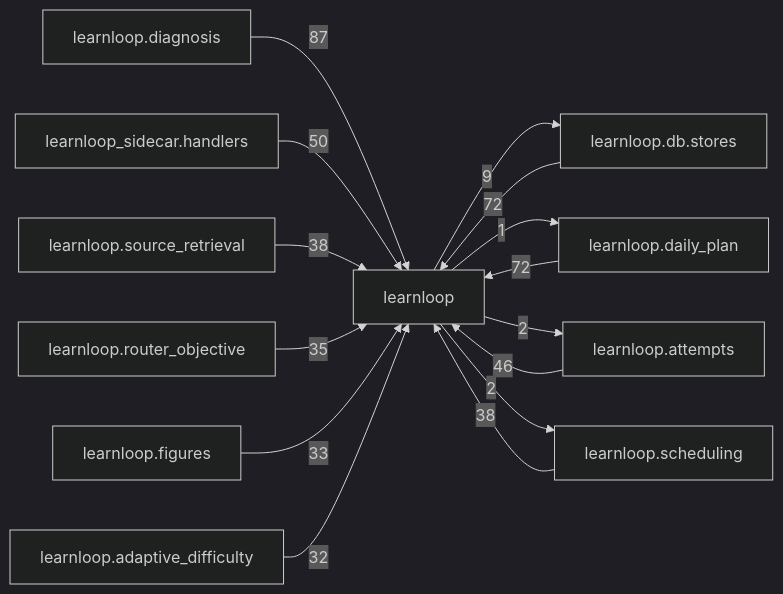
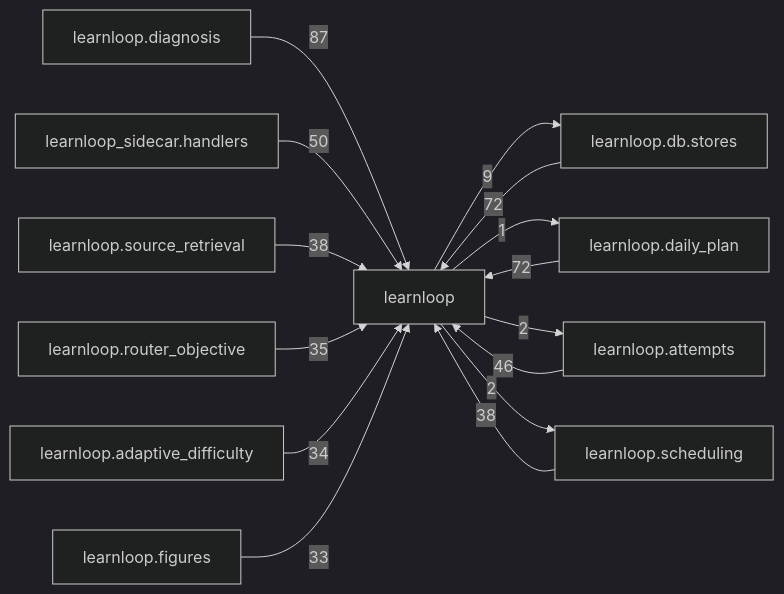
Before and after one commit to 6up-b/learnanything: the diagram in docs/learnloop-architecture-vault/Reference/Modules/learnloop/_package.md, drawn with Mermaid (dark theme). The commit also changed other lines of this file and 51 other files, not shown here.

````diff
--- a/docs/learnloop-architecture-vault/Reference/Modules/learnloop/_package.md
+++ b/docs/learnloop-architecture-vault/Reference/Modules/learnloop/_package.md
@@ -263,28 +263,28 @@
 ```mermaid
 flowchart LR
     center["learnloop"]
     n_learnloop_diagnosis["learnloop.diagnosis"]
     n_learnloop_db_stores["learnloop.db.stores"]
     n_learnloop_daily_plan["learnloop.daily_plan"]
     n_learnloop_sidecar_handlers["learnloop_sidecar.handlers"]
     n_learnloop_attempts["learnloop.attempts"]
     n_learnloop_scheduling["learnloop.scheduling"]
     n_learnloop_source_retrieval["learnloop.source_retrieval"]
     n_learnloop_router_objective["learnloop.router_objective"]
+    n_learnloop_adaptive_difficulty["learnloop.adaptive_difficulty"]
     n_learnloop_figures["learnloop.figures"]
-    n_learnloop_adaptive_difficulty["learnloop.adaptive_difficulty"]
     n_learnloop_diagnosis -->|87| center
     n_learnloop_db_stores -->|72| center
     center -->|9| n_learnloop_db_stores
     n_learnloop_daily_plan -->|72| center
     center -->|1| n_learnloop_daily_plan
     n_learnloop_sidecar_handlers -->|50| center
     n_learnloop_attempts -->|46| center
     center -->|2| n_learnloop_attempts
     n_learnloop_scheduling -->|38| center
     center -->|2| n_learnloop_scheduling
     n_learnloop_source_retrieval -->|38| center
     n_learnloop_router_objective -->|35| center
+    n_learnloop_adaptive_difficulty -->|34| center
     n_learnloop_figures -->|33| center
-    n_learnloop_adaptive_difficulty -->|32| center
 ```
````
